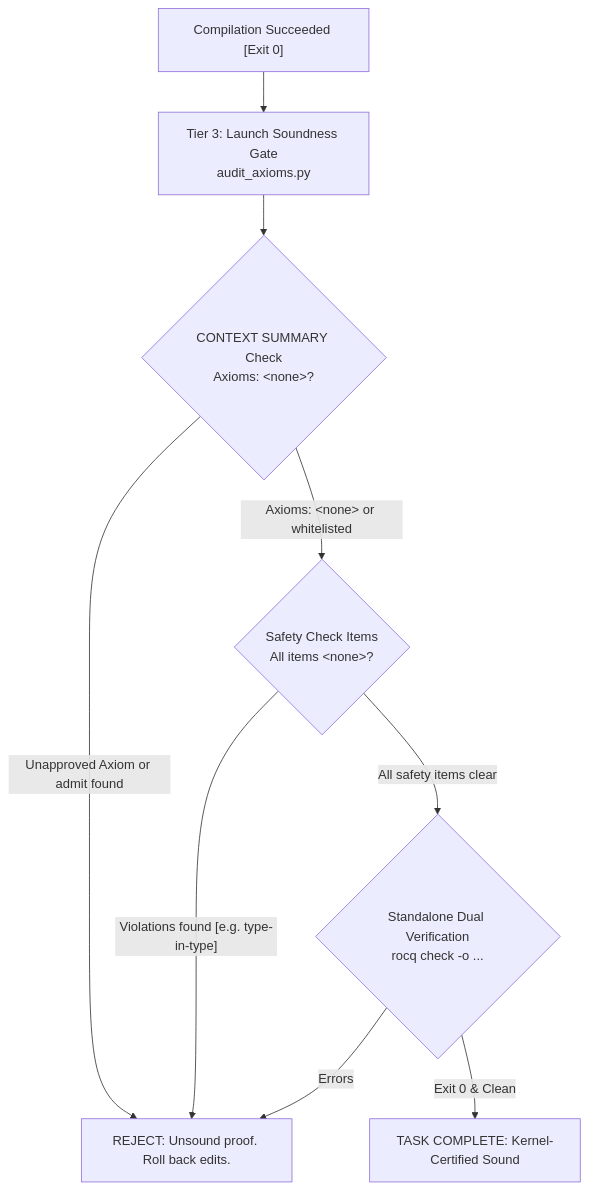
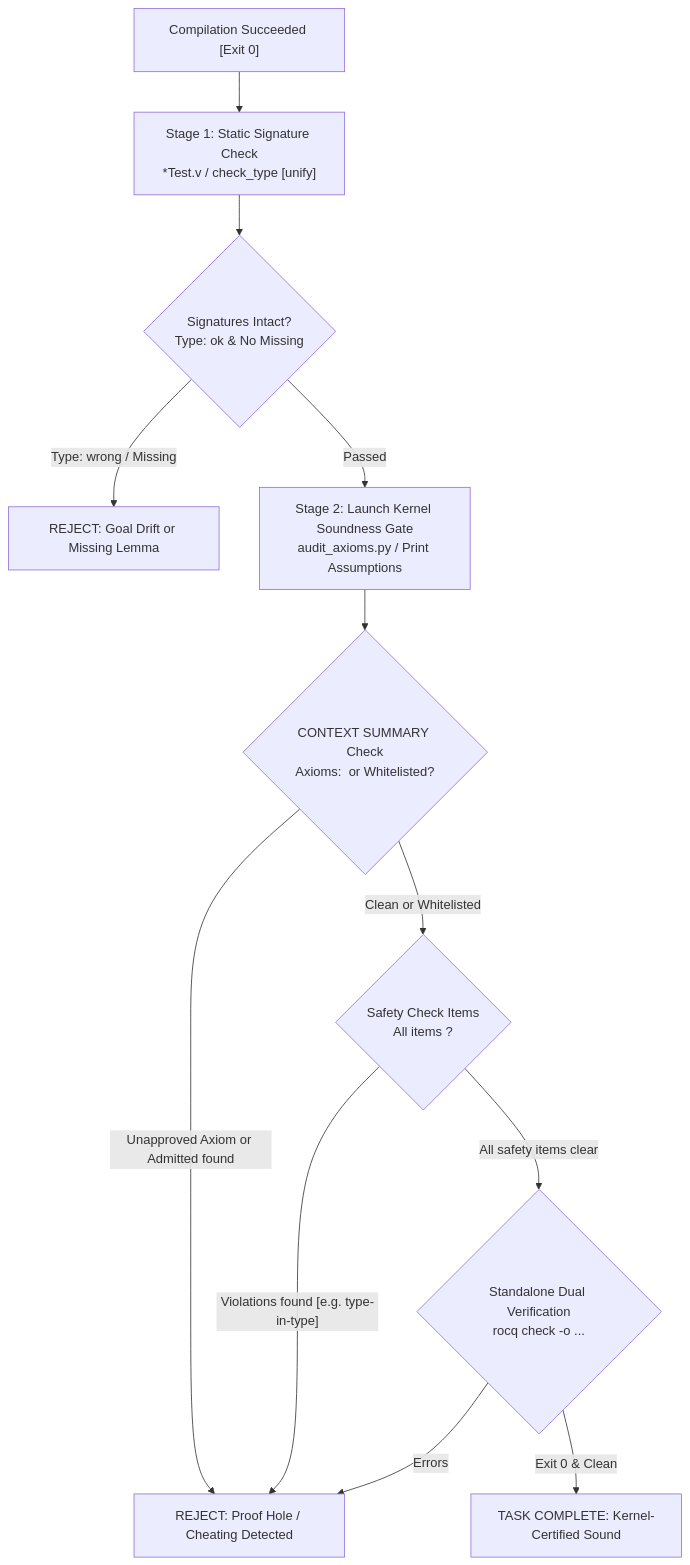
Before and after one commit to MI-1222/rocq-ltac-skills: the diagram in skills/rocq-ltac-cli/references/soundness_and_axiom_audit.md, drawn with Mermaid. The commit also changed other lines of this file and 6 other files, not shown here.

````diff
--- a/skills/rocq-ltac-cli/references/soundness_and_axiom_audit.md
+++ b/skills/rocq-ltac-cli/references/soundness_and_axiom_audit.md
@@ -12,11 +12,14 @@
 ```mermaid
 graph TD
-  A["Compilation Succeeded [Exit 0]"] --> B["Tier 3: Launch Soundness Gate<br/>audit_axioms.py"]
-  B --> C{"CONTEXT SUMMARY Check<br/>Axioms: &lt;none&gt;?"}
-  C -- "Unapproved Axiom or admit found" --> D["REJECT: Unsound proof. Roll back edits."]
-  C -- "Axioms: &lt;none&gt; or whitelisted" --> E{"Safety Check Items<br/>All items &lt;none&gt;?"}
-  E -- "Violations found [e.g. type-in-type]" --> D
-  E -- "All safety items clear" --> F{"Standalone Dual Verification<br/>rocq check -o ..."}
-  F -- "Exit 0 & Clean" --> G["TASK COMPLETE: Kernel-Certified Sound"]
-  F -- "Errors" --> D
+  A["Compilation Succeeded [Exit 0]"] --> B["Stage 1: Static Signature Check<br/>*Test.v / check_type [unify]"]
+  B --> C{"Signatures Intact?<br/>Type: ok & No Missing"}
+  C -- "Type: wrong / Missing" --> D["REJECT: Goal Drift or Missing Lemma"]
+  C -- "Passed" --> E["Stage 2: Launch Kernel Soundness Gate<br/>audit_axioms.py / Print Assumptions"]
+  E --> F{"CONTEXT SUMMARY Check<br/>Axioms: <none> or Whitelisted?"}
+  F -- "Unapproved Axiom or Admitted found" --> G["REJECT: Proof Hole / Cheating Detected"]
+  F -- "Clean or Whitelisted" --> H{"Safety Check Items<br/>All items <none>?"}
+  H -- "Violations found [e.g. type-in-type]" --> G
+  H -- "All safety items clear" --> I{"Standalone Dual Verification<br/>rocq check -o ..."}
+  I -- "Exit 0 & Clean" --> J["TASK COMPLETE: Kernel-Certified Sound"]
+  I -- "Errors" --> G
 ```
````
